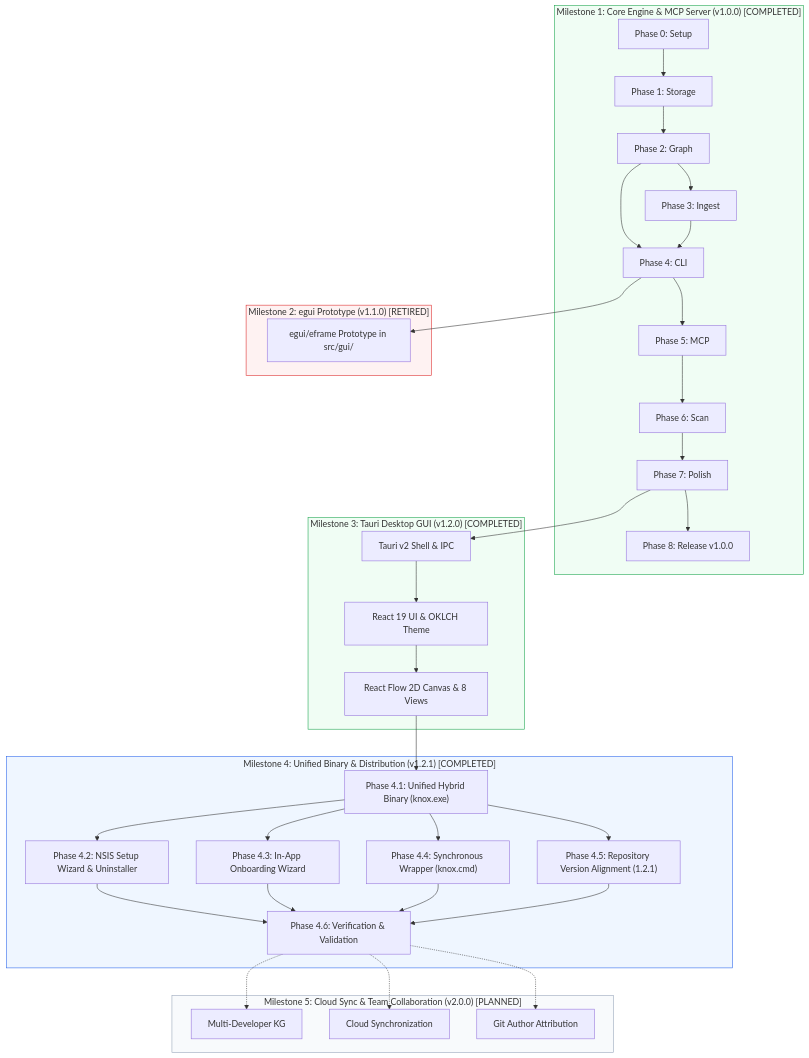
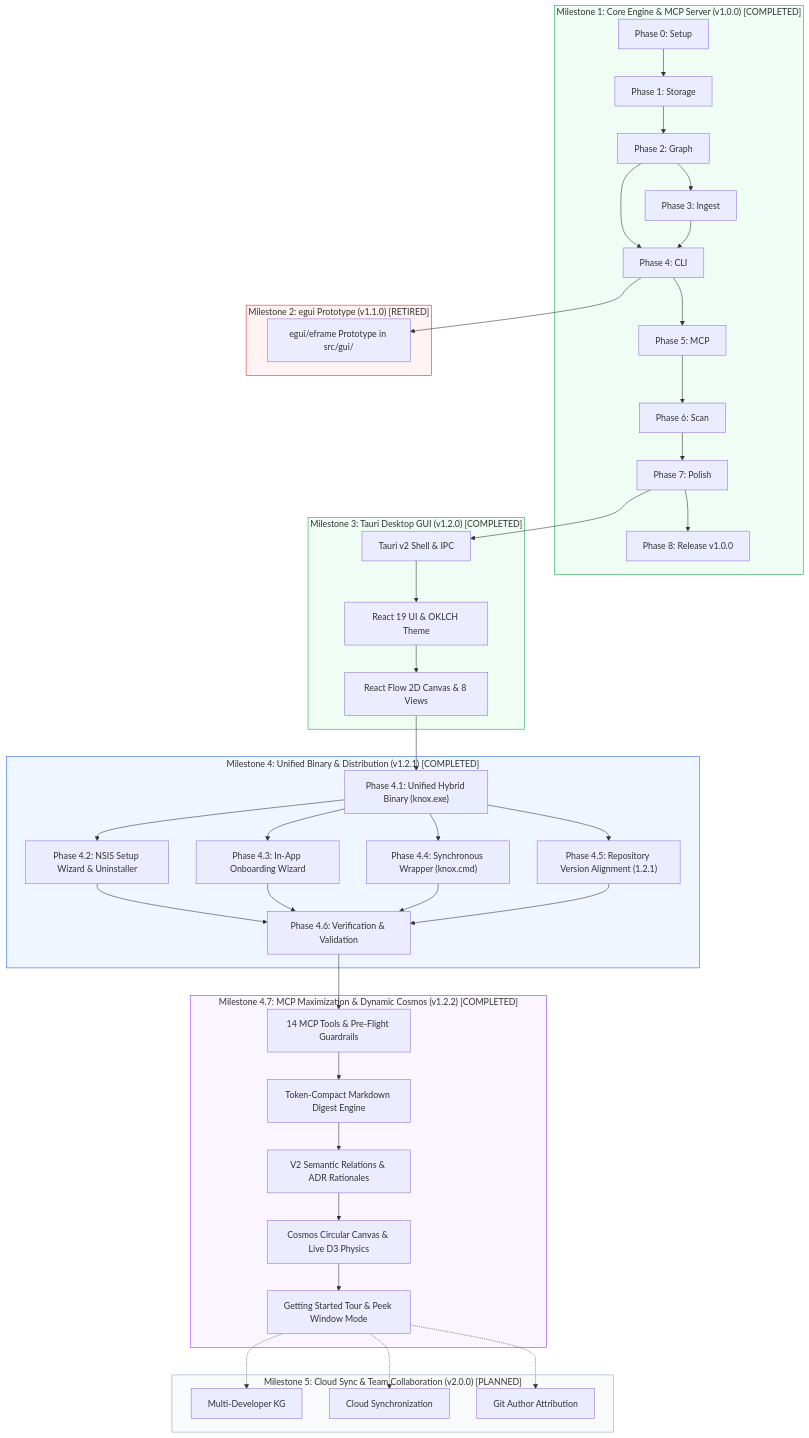
One commit to Diva143V/Knox changed the first of 2 diagrams in plan.md. Above: the diagram before and after it, drawn with Mermaid. The commit also changed other lines of this file and 3 other files, not shown here.

````diff
--- a/plan.md
+++ b/plan.md
@@ -36,36 +37,45 @@
 ```mermaid
 flowchart TD
     subgraph M1["Milestone 1: Core Engine & MCP Server (v1.0.0) [COMPLETED]"]
         P0["Phase 0: Setup"] --> P1["Phase 1: Storage"] --> P2["Phase 2: Graph"] --> P3["Phase 3: Ingest"]
         P2 & P3 --> P4["Phase 4: CLI"] --> P5["Phase 5: MCP"] --> P6["Phase 6: Scan"] --> P7["Phase 7: Polish"] --> P8["Phase 8: Release v1.0.0"]
     end
 
     subgraph M2["Milestone 2: egui Prototype (v1.1.0) [RETIRED]"]
         P4 --> EG["egui/eframe Prototype in src/gui/"]
     end
 
     subgraph M3["Milestone 3: Tauri Desktop GUI (v1.2.0) [COMPLETED]"]
         P7 --> T1["Tauri v2 Shell & IPC"] --> T2["React 19 UI & OKLCH Theme"] --> T3["React Flow 2D Canvas & 8 Views"]
     end
 
     subgraph M4["Milestone 4: Unified Binary & Distribution (v1.2.1) [COMPLETED]"]
         T3 --> U1["Phase 4.1: Unified Hybrid Binary (knox.exe)"]
         U1 --> U2["Phase 4.2: NSIS Setup Wizard & Uninstaller"]
         U1 --> U3["Phase 4.3: In-App Onboarding Wizard"]
         U1 --> U4["Phase 4.4: Synchronous Wrapper (knox.cmd)"]
         U1 --> U5["Phase 4.5: Repository Version Alignment (1.2.1)"]
         U2 & U3 & U4 & U5 --> U6["Phase 4.6: Verification & Validation"]
     end
 
+    subgraph M47["Milestone 4.7: MCP Maximization & Dynamic Cosmos (v1.2.2) [COMPLETED]"]
+        U6 --> MX1["14 MCP Tools & Pre-Flight Guardrails"]
+        MX1 --> MX2["Token-Compact Markdown Digest Engine"]
+        MX2 --> MX3["V2 Semantic Relations & ADR Rationales"]
+        MX3 --> MX4["Cosmos Circular Canvas & Live D3 Physics"]
+        MX4 --> MX5["Getting Started Tour & Peek Window Mode"]
+    end
+
     subgraph M5["Milestone 5: Cloud Sync & Team Collaboration (v2.0.0) [PLANNED]"]
-        U6 -.-> F1["Multi-Developer KG"]
-        U6 -.-> F2["Cloud Synchronization"]
-        U6 -.-> F3["Git Author Attribution"]
+        MX5 -.-> F1["Multi-Developer KG"]
+        MX5 -.-> F2["Cloud Synchronization"]
+        MX5 -.-> F3["Git Author Attribution"]
     end
 
     style M1 fill:#f0fdf4,stroke:#16a34a
     style M2 fill:#fef2f2,stroke:#dc2626
     style M3 fill:#f0fdf4,stroke:#16a34a
     style M4 fill:#eff6ff,stroke:#2563eb
+    style M47 fill:#faf5ff,stroke:#9333ea
     style M5 fill:#f8fafc,stroke:#94a3b8
 ```
````
